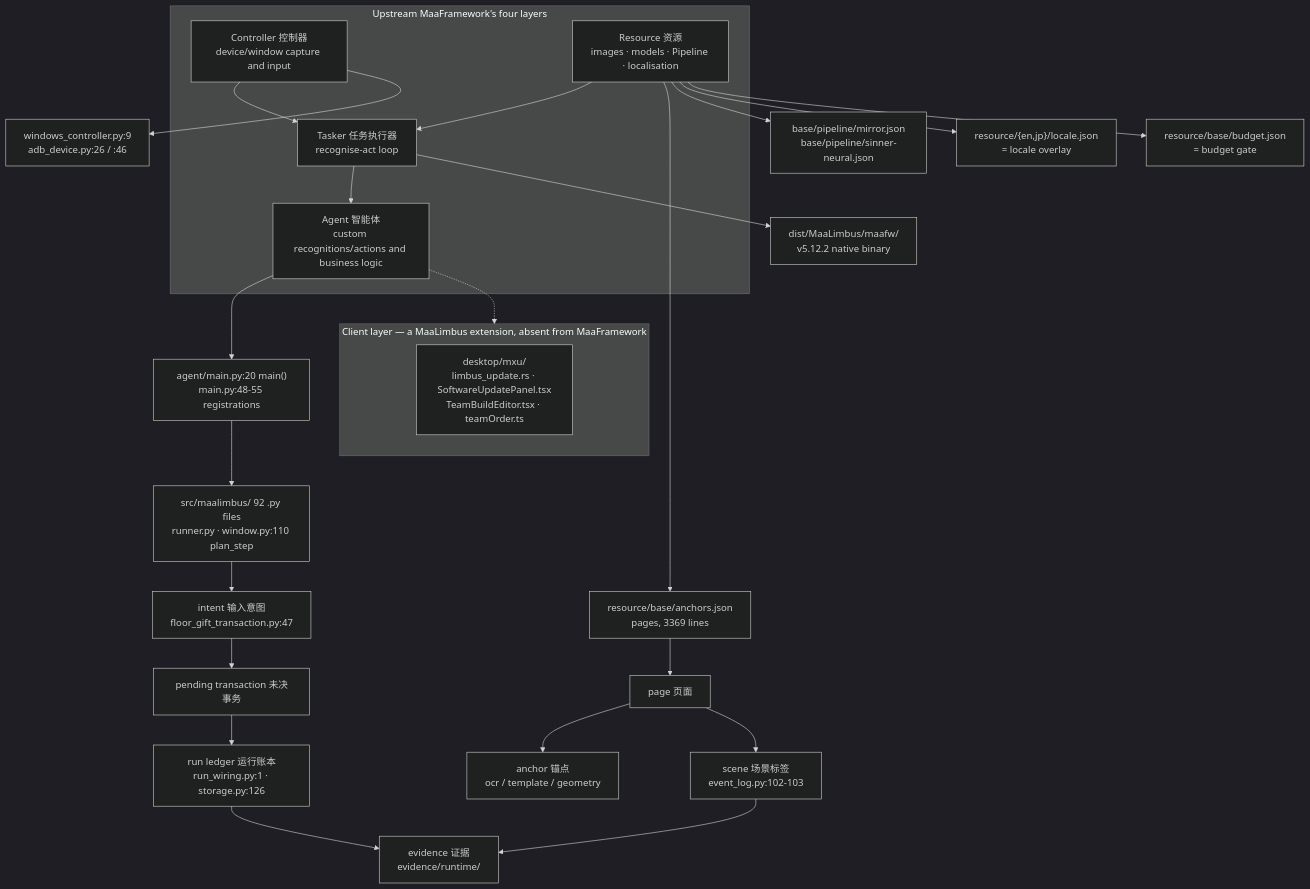
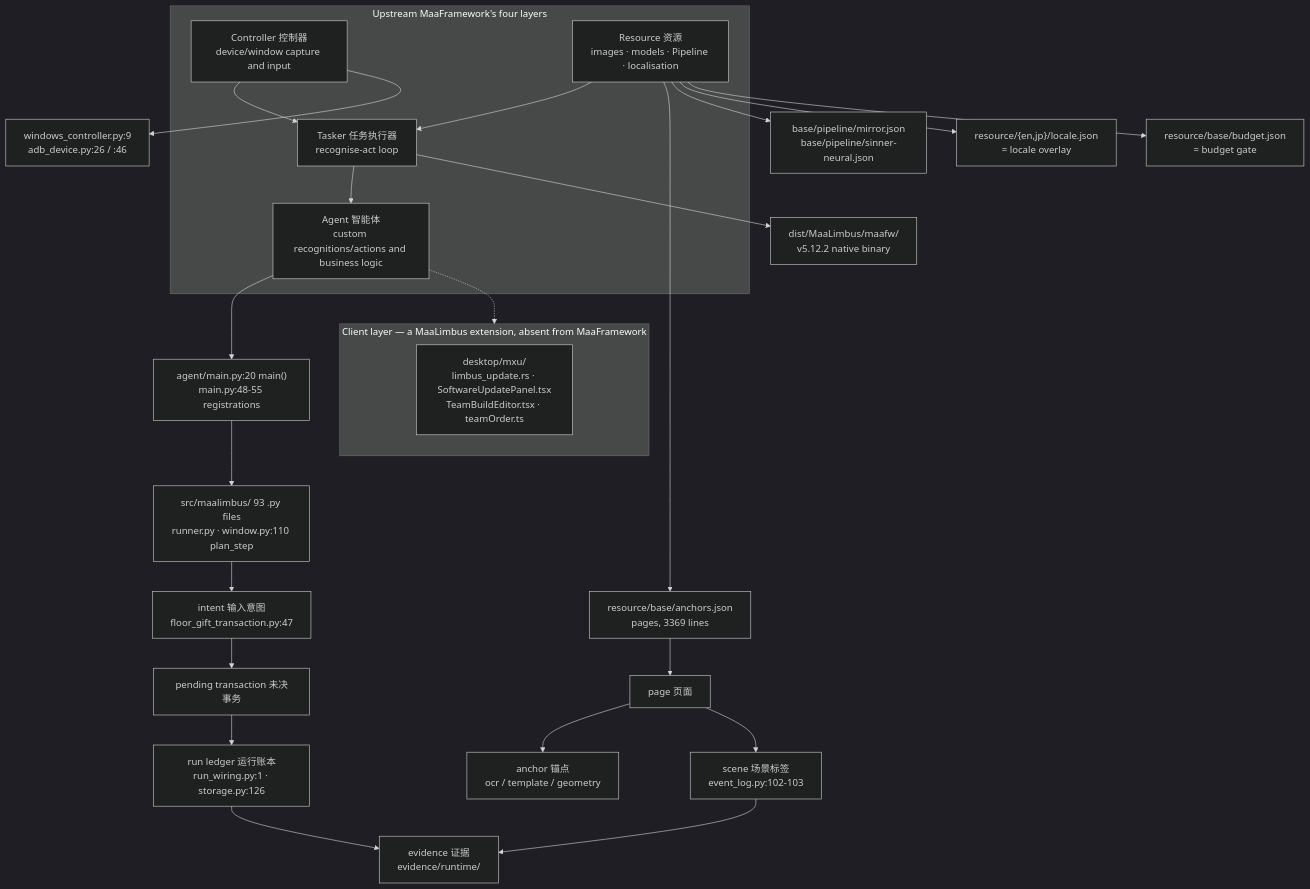
One commit to sairaisaika/MaaLimbus changed the second of 2 diagrams in docs/wiki/en_us/1-overview.md. Above: the diagram before and after it, drawn with Mermaid (dark theme). The commit also changed other lines of this file and 28 other files, not shown here.

Commit message:
Fix entry reconciliation shadowing and document engineering diagram semantics

````diff
--- a/docs/wiki/en_us/1-overview.md
+++ b/docs/wiki/en_us/1-overview.md
@@ -134,35 +134,35 @@
 ```mermaid
 flowchart TD
   subgraph UP["Upstream MaaFramework's four layers"]
     CTRL["Controller 控制器<br/>device/window capture and input"]
     RES["Resource 资源<br/>images · models · Pipeline · localisation"]
     TASKER["Tasker 任务执行器<br/>recognise-act loop"]
     AGENTL["Agent 智能体<br/>custom recognitions/actions and business logic"]
   end
   CTRL --> TASKER
   RES --> TASKER
   TASKER --> AGENTL
 
   CTRL --> C1["windows_controller.py:9<br/>adb_device.py:26 / :46"]
   RES --> R1["resource/base/anchors.json<br/>pages, 3369 lines"]
   RES --> R2["base/pipeline/mirror.json<br/>base/pipeline/sinner-neural.json"]
   RES --> R3["resource/{en,jp}/locale.json<br/>= locale overlay"]
   RES --> R4["resource/base/budget.json<br/>= budget gate"]
   TASKER --> K1["dist/MaaLimbus/maafw/<br/>v5.12.2 native binary"]
 
   AGENTL --> A1["agent/main.py:20 main()<br/>main.py:48-55 registrations"]
-  A1 --> A2["src/maalimbus/ 92 .py files<br/>runner.py · window.py:110 plan_step"]
+  A1 --> A2["src/maalimbus/ 93 .py files<br/>runner.py · window.py:110 plan_step"]
   R1 --> P1["page 页面"]
   P1 --> K2["anchor 锚点<br/>ocr / template / geometry"]
   P1 --> S1["scene 场景标签<br/>event_log.py:102-103"]
   A2 --> I1["intent 输入意图<br/>floor_gift_transaction.py:47"]
   I1 --> X1["pending transaction 未决事务"]
   X1 --> L1["run ledger 运行账本<br/>run_wiring.py:1 · storage.py:126"]
   S1 --> E1["evidence 证据<br/>evidence/runtime/"]
   L1 --> E1
 
   subgraph EXT["Client layer — a MaaLimbus extension, absent from MaaFramework"]
     M1["desktop/mxu/<br/>limbus_update.rs · SoftwareUpdatePanel.tsx<br/>TeamBuildEditor.tsx · teamOrder.ts"]
   end
   AGENTL -.-> EXT
 ```
````
